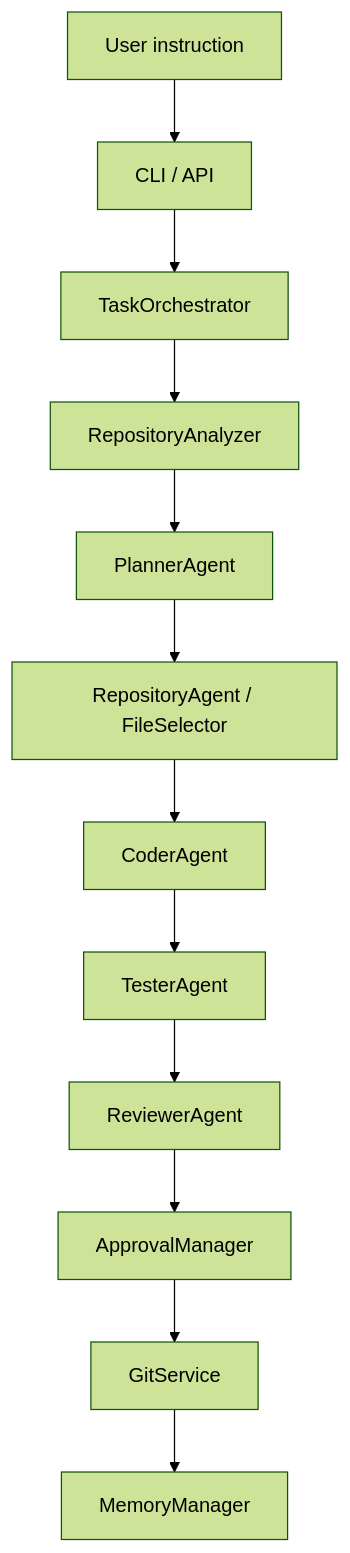
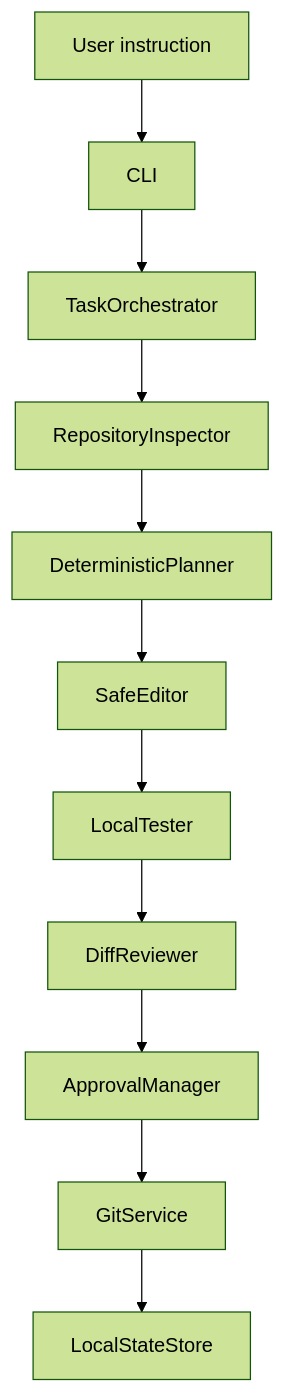
One commit to ShamGaneshan2008/Kodiak changed the diagram in ARCHITECTURE.md. Above: the diagram before and after it, drawn with Mermaid (forest theme). The commit also changed other lines of this file, not shown here.

````diff
--- a/ARCHITECTURE.md
+++ b/ARCHITECTURE.md
@@ -12,14 +12,13 @@
 ```mermaid
 flowchart TD
-    A["User instruction"] --> B["CLI / API"]
+    A["User instruction"] --> B["CLI"]
     B --> C["TaskOrchestrator"]
-    C --> D["RepositoryAnalyzer"]
-    D --> E["PlannerAgent"]
-    E --> F["RepositoryAgent / FileSelector"]
-    F --> G["CoderAgent"]
-    G --> H["TesterAgent"]
-    H --> I["ReviewerAgent"]
+    C --> D["RepositoryInspector"]
+    D --> E["DeterministicPlanner"]
+    E --> F["SafeEditor"]
+    F --> H["LocalTester"]
+    H --> I["DiffReviewer"]
     I --> J["ApprovalManager"]
     J --> K["GitService"]
-    K --> L["MemoryManager"]
+    K --> L["LocalStateStore"]
 ```
````
